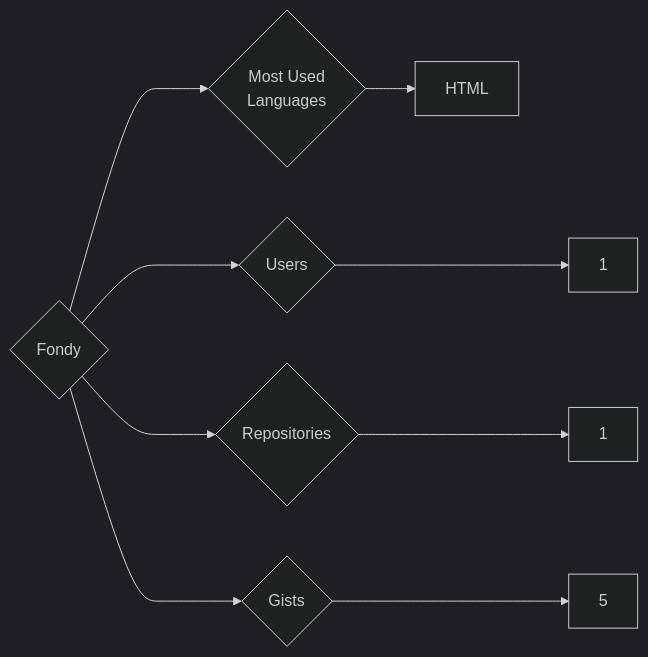
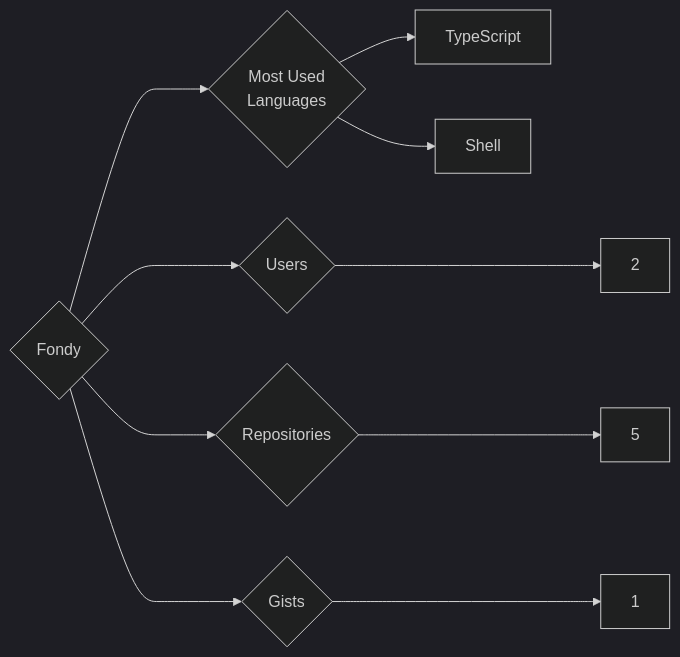
Before and after one commit to trickest/insiders: the diagram in targets/Fondy/README.md, drawn with Mermaid (dark theme). The commit also changed 611 other files, not shown here.

````diff
--- a/targets/Fondy/README.md
+++ b/targets/Fondy/README.md
@@ -3,9 +3,10 @@
 ```mermaid
 graph LR
 COMPANY_NAME{Fondy}
-COMPANY_NAME ---> U{Users} ---> UN[1]
-COMPANY_NAME ---> R{Repositories} ---> RN[1]
-COMPANY_NAME ---> G{Gists} ---> GN[5]
+COMPANY_NAME ---> U{Users} ---> UN[2]
+COMPANY_NAME ---> R{Repositories} ---> RN[5]
+COMPANY_NAME ---> G{Gists} ---> GN[1]
 COMPANY_NAME ---> ML{Most Used<br>Languages}
-ML --> HTML[HTML]
+ML --> TypeScript[TypeScript]
+ML --> Shell[Shell]
 ```
````
